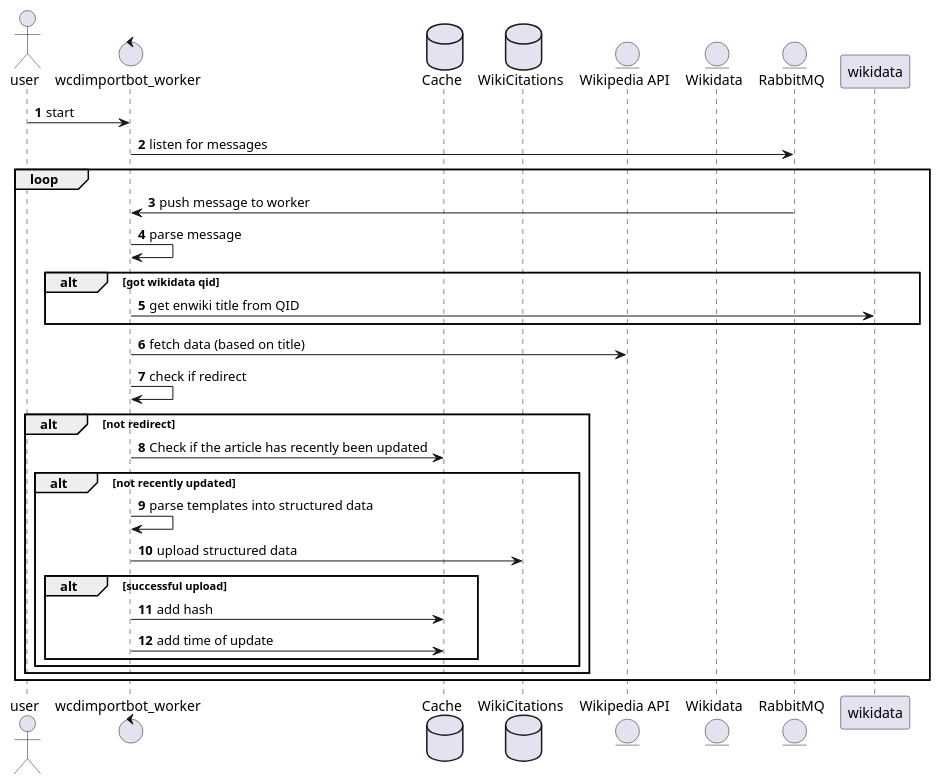
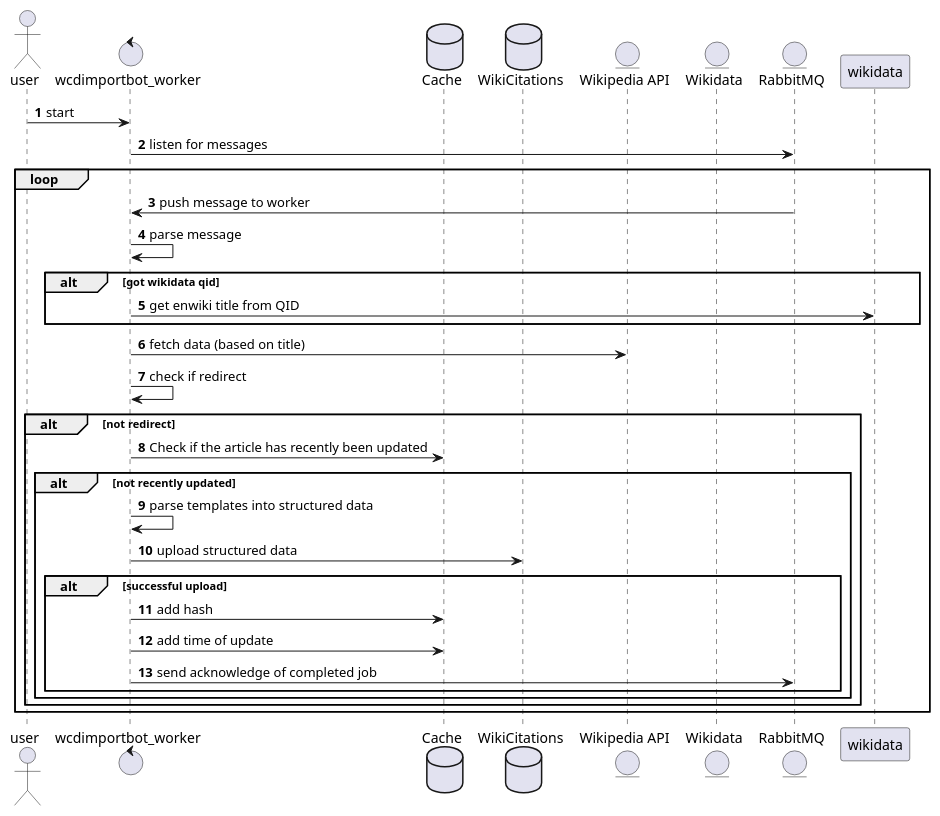
The diagram in diagrams/worker_sequence.puml (internetarchive/iari), drawn with PlantUML before and after one commit.

Commit message:
worker_sequence.puml: Add acknowledge

```diff
--- a/diagrams/worker_sequence.puml
+++ b/diagrams/worker_sequence.puml
@@ -1,35 +1,36 @@
 @startuml
 'https://plantuml.com/sequence-diagram
 
 autonumber
 actor user
 control wcdimportbot_worker
 database Cache as cache
 database WikiCitations as wikicitations
 entity "Wikipedia API" as wikipediaapi
 entity Wikidata
 entity RabbitMQ as rabbitmq
 
 user -> wcdimportbot_worker :start
 wcdimportbot_worker -> rabbitmq : listen for messages
 loop
 rabbitmq -> wcdimportbot_worker : push message to worker
 wcdimportbot_worker -> wcdimportbot_worker : parse message
 alt got wikidata qid
     wcdimportbot_worker -> wikidata : get enwiki title from QID
 end
 wcdimportbot_worker -> wikipediaapi : fetch data (based on title)
     wcdimportbot_worker -> wcdimportbot_worker : check if redirect
     alt not redirect
         wcdimportbot_worker -> cache : Check if the article has recently been updated
         alt not recently updated
             wcdimportbot_worker -> wcdimportbot_worker : parse templates into structured data
             wcdimportbot_worker -> wikicitations : upload structured data
             alt successful upload
                 wcdimportbot_worker -> cache : add hash
                 wcdimportbot_worker -> cache : add time of update
+                wcdimportbot_worker -> rabbitmq : send acknowledge of completed job
             end
         end
     end
 end
 @enduml
```
